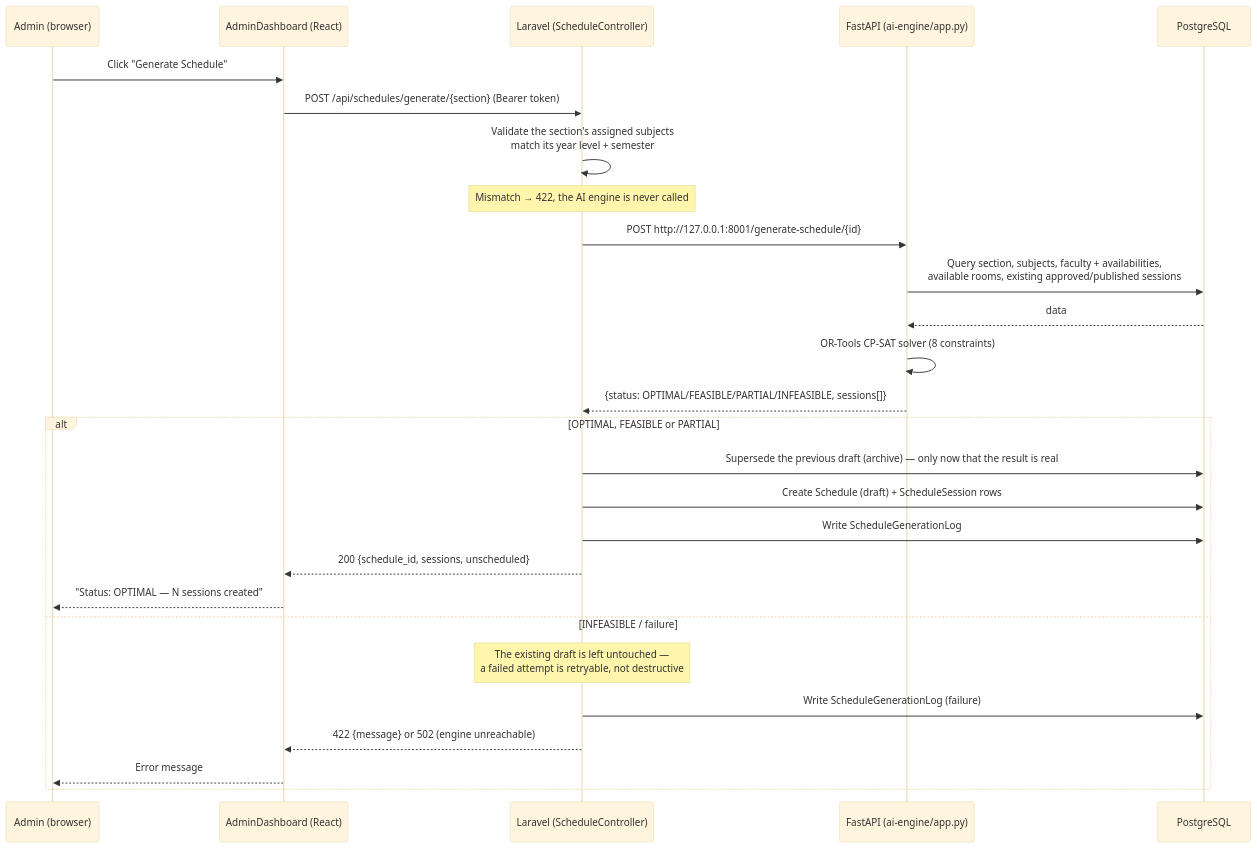
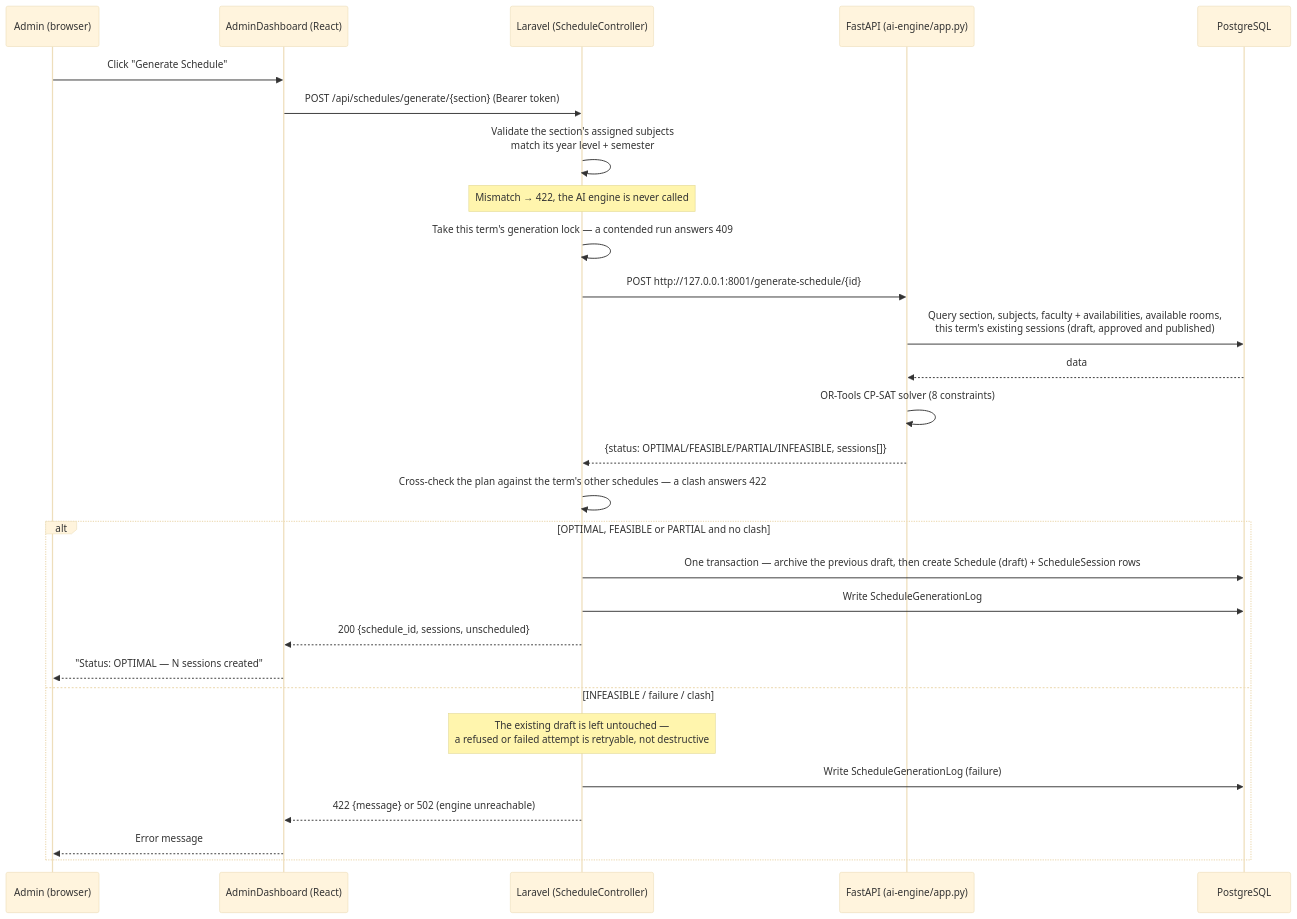
One commit to KiroOoo-arch/IT-faculty-scheduling-system changed the second of 8 diagrams in documentation/System-Architecture.md. Above: the diagram before and after it, drawn with Mermaid (base theme). The commit also changed other lines of this file and 23 other files, not shown here.

````diff
--- a/documentation/System-Architecture.md
+++ b/documentation/System-Architecture.md
@@ -57,30 +58,31 @@
 ```mermaid
 sequenceDiagram
     participant U as Admin (browser)
     participant F as AdminDashboard (React)
     participant L as Laravel (ScheduleController)
     participant A as FastAPI (ai-engine/app.py)
     participant DB as PostgreSQL
 
     U->>F: Click "Generate Schedule"
     F->>L: POST /api/schedules/generate/{section} (Bearer token)
     L->>L: Validate the section's assigned subjects<br/>match its year level + semester
     Note over L: Mismatch → 422, the AI engine is never called
+    L->>L: Take this term's generation lock — a contended run answers 409
     L->>A: POST http://127.0.0.1:8001/generate-schedule/{id}
-    A->>DB: Query section, subjects, faculty + availabilities,<br/>available rooms, existing approved/published sessions
+    A->>DB: Query section, subjects, faculty + availabilities, available rooms,<br/>this term's existing sessions (draft, approved and published)
     DB-->>A: data
     A->>A: OR-Tools CP-SAT solver (8 constraints)
     A-->>L: {status: OPTIMAL/FEASIBLE/PARTIAL/INFEASIBLE, sessions[]}
-    alt OPTIMAL, FEASIBLE or PARTIAL
-        L->>DB: Supersede the previous draft (archive) — only now that the result is real
-        L->>DB: Create Schedule (draft) + ScheduleSession rows
+    L->>L: Cross-check the plan against the term's other schedules — a clash answers 422
+    alt OPTIMAL, FEASIBLE or PARTIAL and no clash
+        L->>DB: One transaction — archive the previous draft, then create Schedule (draft) + ScheduleSession rows
         L->>DB: Write ScheduleGenerationLog
         L-->>F: 200 {schedule_id, sessions, unscheduled}
         F-->>U: "Status: OPTIMAL — N sessions created"
-    else INFEASIBLE / failure
-        Note over L: The existing draft is left untouched —<br/>a failed attempt is retryable, not destructive
+    else INFEASIBLE / failure / clash
+        Note over L: The existing draft is left untouched —<br/>a refused or failed attempt is retryable, not destructive
         L->>DB: Write ScheduleGenerationLog (failure)
         L-->>F: 422 {message} or 502 (engine unreachable)
         F-->>U: Error message
     end
 ```
````
